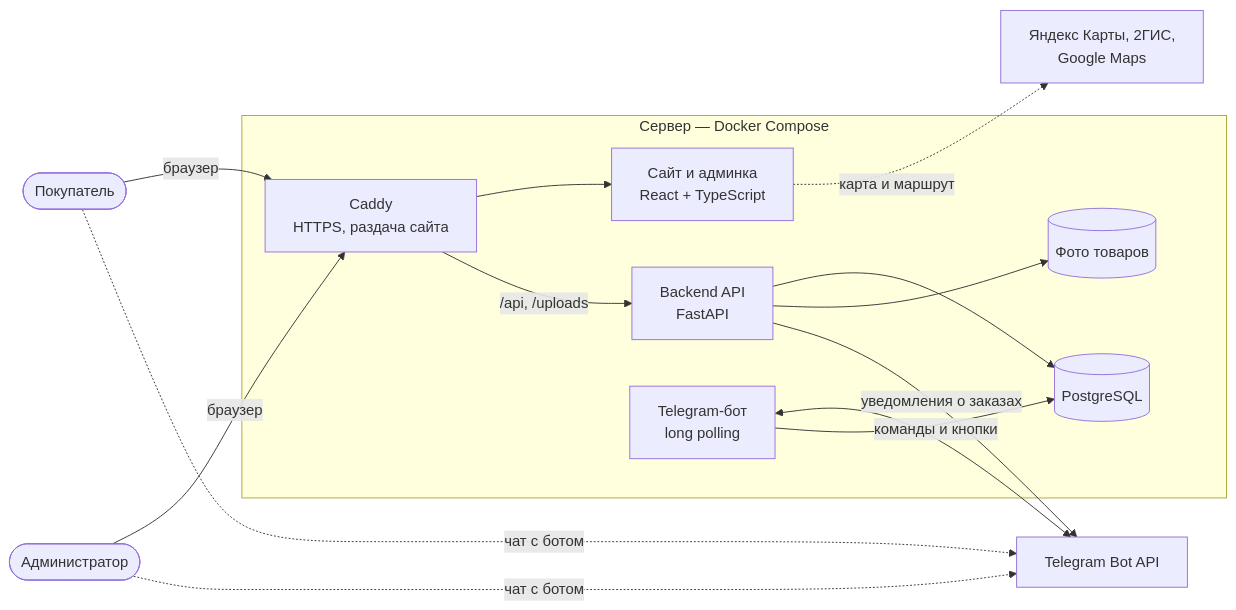
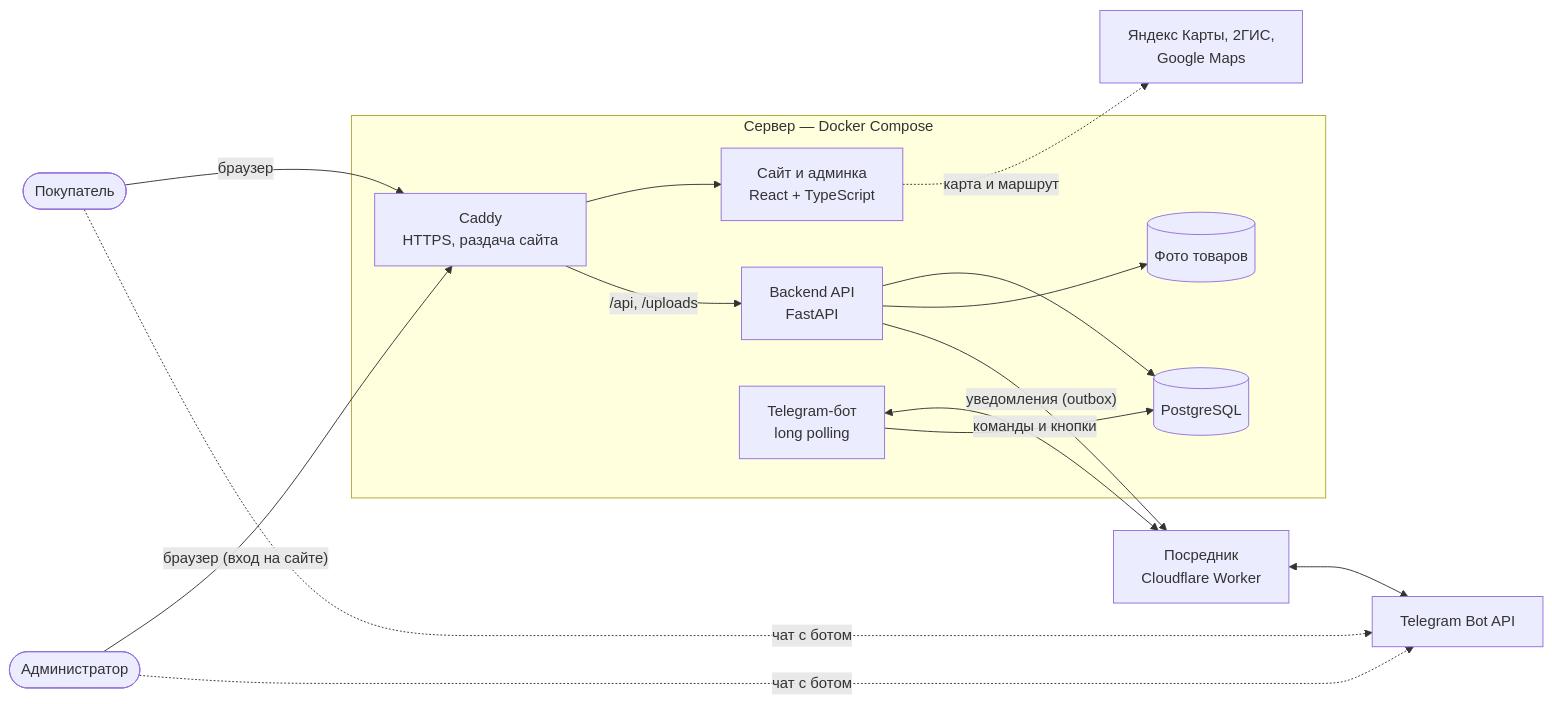
The first of 16 diagrams in docs/diagrams.md (haz2007/-Builder-s-Friend-), drawn with Mermaid before and after one commit. The commit also changed other lines of this file and 11 other files, not shown here.

First line of the commit message:
Refresh docs: seven new diagrams, up-to-date README and screenshots

````diff
--- a/docs/diagrams.md
+++ b/docs/diagrams.md
@@ -21,30 +28,32 @@
 ```mermaid
 flowchart LR
     customer(["Покупатель"])
     admin(["Администратор"])
 
     subgraph server["Сервер — Docker Compose"]
         caddy["Caddy<br/>HTTPS, раздача сайта"]
         spa["Сайт и админка<br/>React + TypeScript"]
         api["Backend API<br/>FastAPI"]
         bot["Telegram-бот<br/>long polling"]
         db[("PostgreSQL")]
         uploads[("Фото товаров")]
     end
 
+    relay["Посредник<br/>Cloudflare Worker"]
     telegram["Telegram Bot API"]
     maps["Яндекс Карты, 2ГИС,<br/>Google Maps"]
 
     customer -- "браузер" --> caddy
-    admin -- "браузер" --> caddy
+    admin -- "браузер (вход на сайте)" --> caddy
     caddy --> spa
     caddy -- "/api, /uploads" --> api
     api --> db
     api --> uploads
-    api -- "уведомления о заказах" --> telegram
-    bot <-- "команды и кнопки" --> telegram
+    api -- "уведомления (outbox)" --> relay
+    bot <-- "команды и кнопки" --> relay
+    relay <--> telegram
     bot --> db
     customer -. "чат с ботом" .-> telegram
     admin -. "чат с ботом" .-> telegram
     spa -. "карта и маршрут" .-> maps
 ```
````
